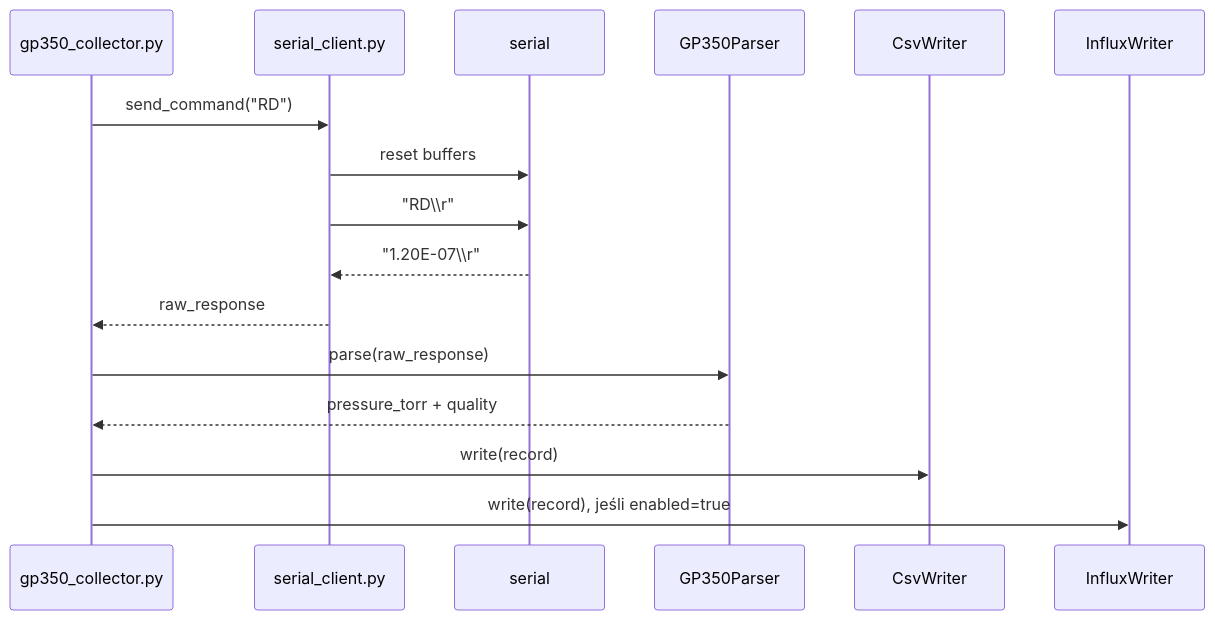
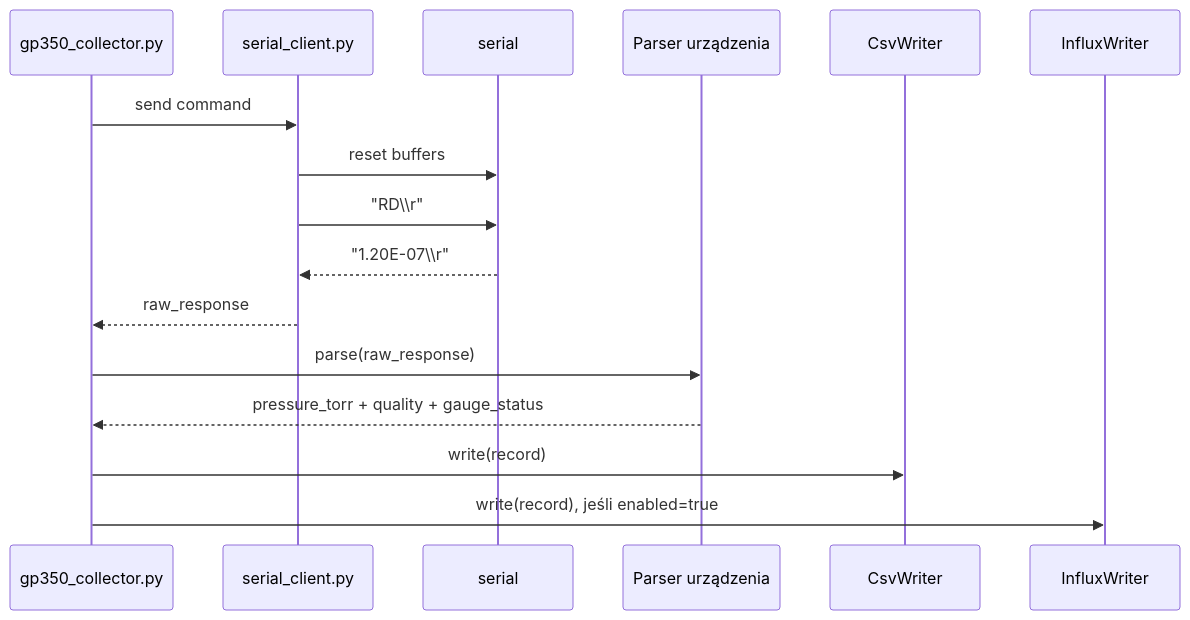
Before and after one commit to alphatra/vacuum-instrument-monitor: the third of 6 diagrams in docs/kolektor_danych.md, drawn with Mermaid. The commit also changed other lines of this file and 45 other files, not shown here.

````diff
--- a/docs/kolektor_danych.md
+++ b/docs/kolektor_danych.md
@@ -41,19 +69,19 @@
 ```mermaid
 sequenceDiagram
     participant Collector as gp350_collector.py
     participant Client as serial_client.py
     participant Port as serial
-    participant Parser as GP350Parser
+    participant Parser as Parser urządzenia
     participant CSV as CsvWriter
     participant Influx as InfluxWriter
 
-    Collector->>Client: send_command("RD")
+    Collector->>Client: send command
     Client->>Port: reset buffers
     Client->>Port: "RD\\r"
     Port-->>Client: "1.20E-07\\r"
     Client-->>Collector: raw_response
     Collector->>Parser: parse(raw_response)
-    Parser-->>Collector: pressure_torr + quality
+    Parser-->>Collector: pressure_torr + quality + gauge_status
     Collector->>CSV: write(record)
     Collector->>Influx: write(record), jeśli enabled=true
 ```
````
